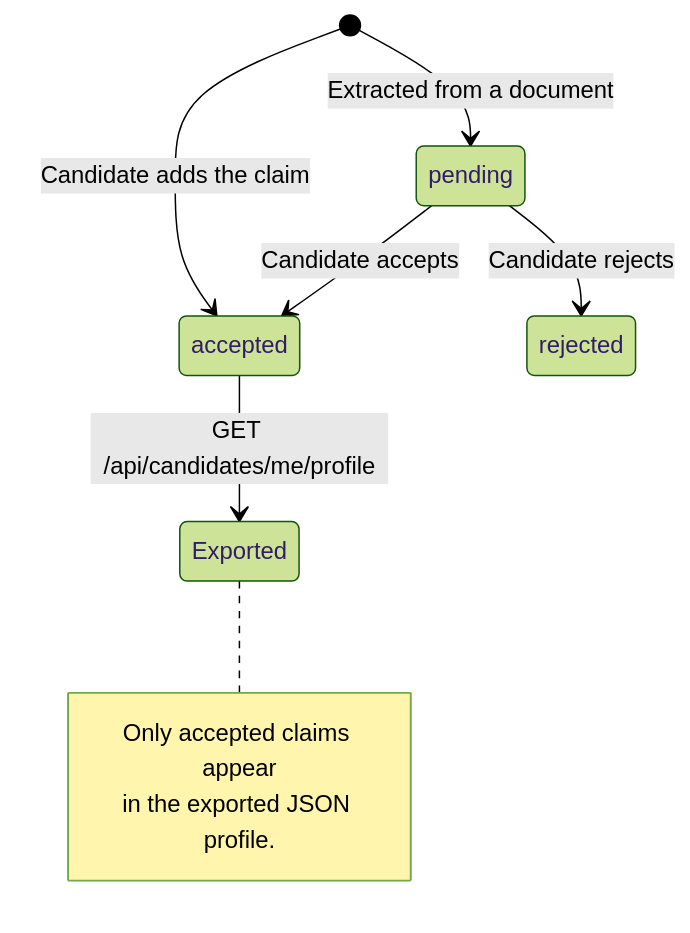
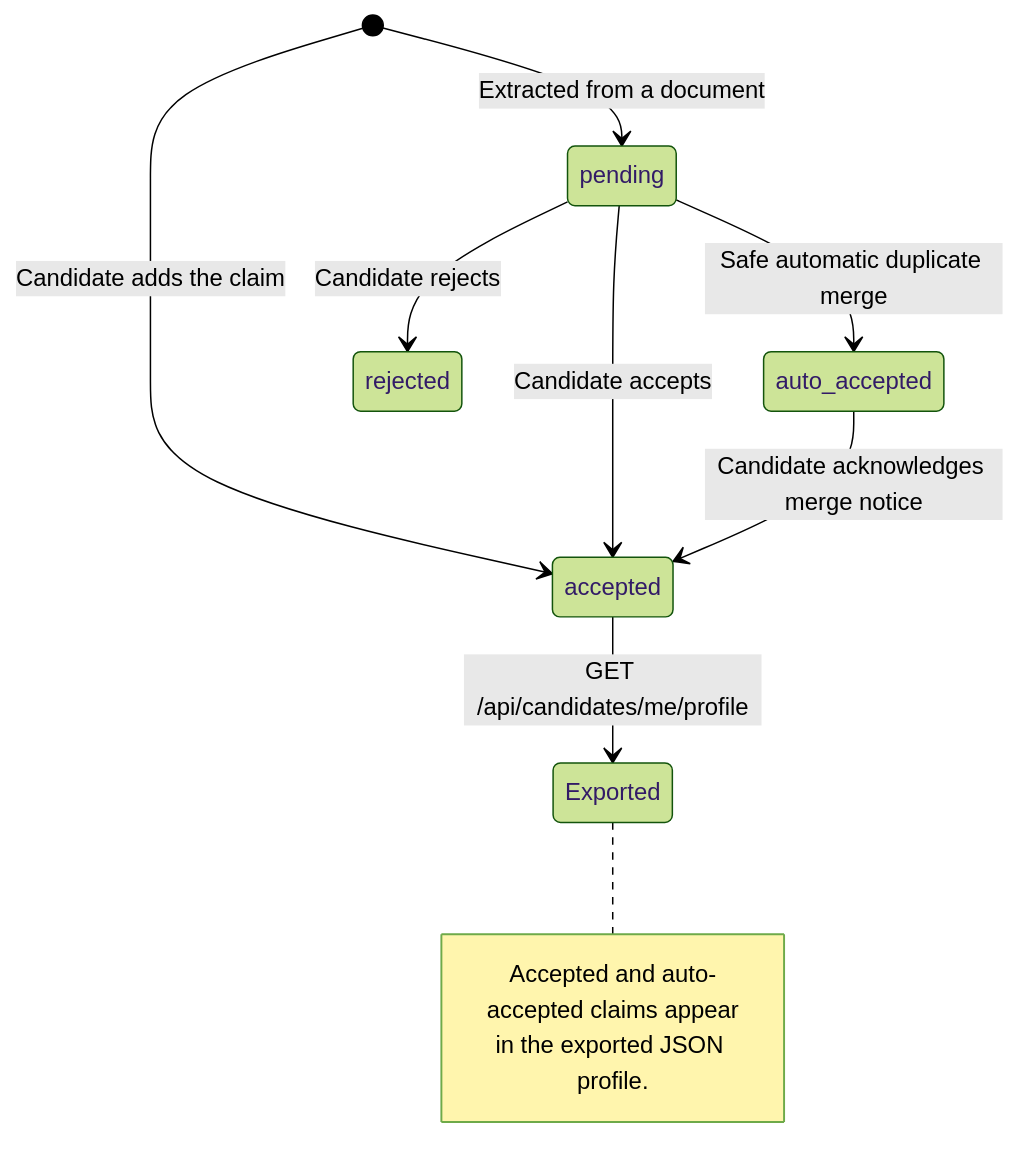
The second of 2 diagrams in docs/modules/candidates.md (cv-parser-team/Backend), drawn with Mermaid (forest theme) before and after one commit. The commit also changed other lines of this file and 20 other files, not shown here.

Commit message:
auto-merge

````diff
--- a/docs/modules/candidates.md
+++ b/docs/modules/candidates.md
@@ -133,12 +141,14 @@
 ```mermaid
 stateDiagram-v2
     [*] --> accepted: Candidate adds the claim
     [*] --> pending: Extracted from a document
     pending --> accepted: Candidate accepts
+    pending --> auto_accepted: Safe automatic duplicate merge
+    auto_accepted --> accepted: Candidate acknowledges merge notice
     pending --> rejected: Candidate rejects
     accepted --> Exported: GET /api/candidates/me/profile
     note right of Exported
-        Only accepted claims appear
+        Accepted and auto-accepted claims appear
         in the exported JSON profile.
     end note
 ```
````
